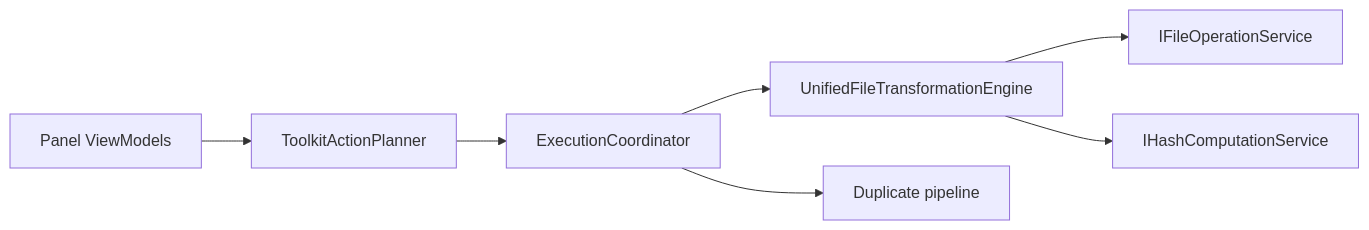
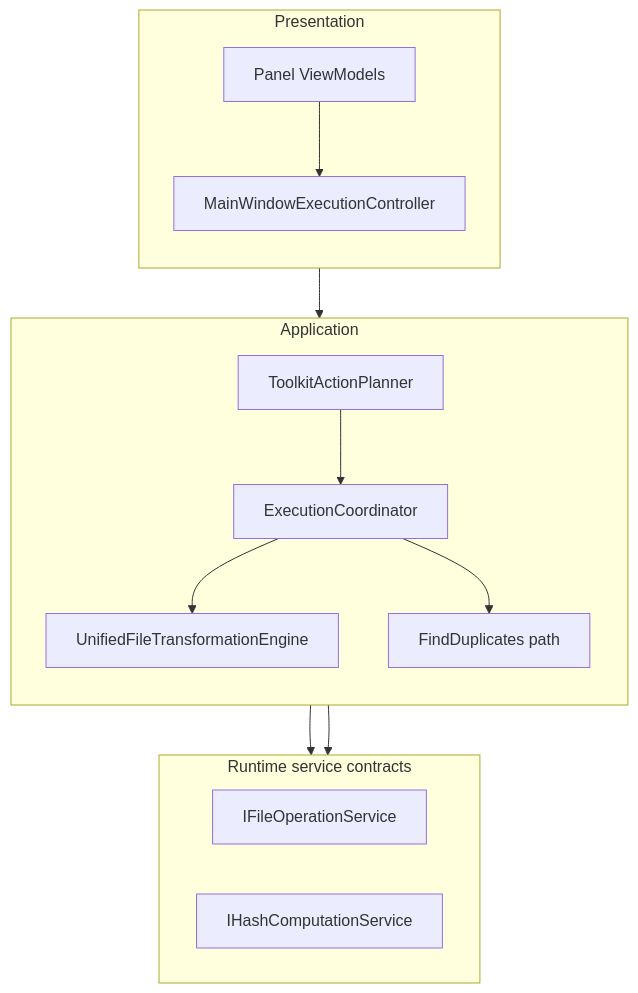
The third of 3 diagrams in src/SimsModDesktop/docs/ArchitectureOverview.md (Azvf/SimsToolkit), drawn with Mermaid before and after one commit. The commit also changed other lines of this file and 7 other files, not shown here.

Commit message:
docs: align architecture docs and simplify mermaid charts

````diff
--- a/src/SimsModDesktop/docs/ArchitectureOverview.md
+++ b/src/SimsModDesktop/docs/ArchitectureOverview.md
@@ -106,9 +171,28 @@
 ```mermaid
-graph LR
-    UI["Panel ViewModels"] --> Planner["ToolkitActionPlanner"]
-    Planner --> Coordinator["ExecutionCoordinator"]
-    Coordinator --> Engine["UnifiedFileTransformationEngine"]
-    Coordinator --> FindDup["Duplicate pipeline"]
-    Engine --> FileOps["IFileOperationService"]
-    Engine --> Hash["IHashComputationService"]
+flowchart TB
+    subgraph UI["Presentation"]
+        direction TB
+        Panels["Panel ViewModels"]
+        ExecCtl["MainWindowExecutionController"]
+    end
+
+    subgraph AppFlow["Application"]
+        direction TB
+        Planner["ToolkitActionPlanner"]
+        Coordinator["ExecutionCoordinator"]
+        Engine["UnifiedFileTransformationEngine"]
+        FindDup["FindDuplicates path"]
+    end
+
+    subgraph Ports["Runtime service contracts"]
+        direction LR
+        FileOps["IFileOperationService"]
+        Hash["IHashComputationService"]
+    end
+
+    Panels --> ExecCtl --> Planner --> Coordinator
+    Coordinator --> Engine
+    Coordinator --> FindDup
+    Engine --> FileOps
+    Engine --> Hash
 ```
````
